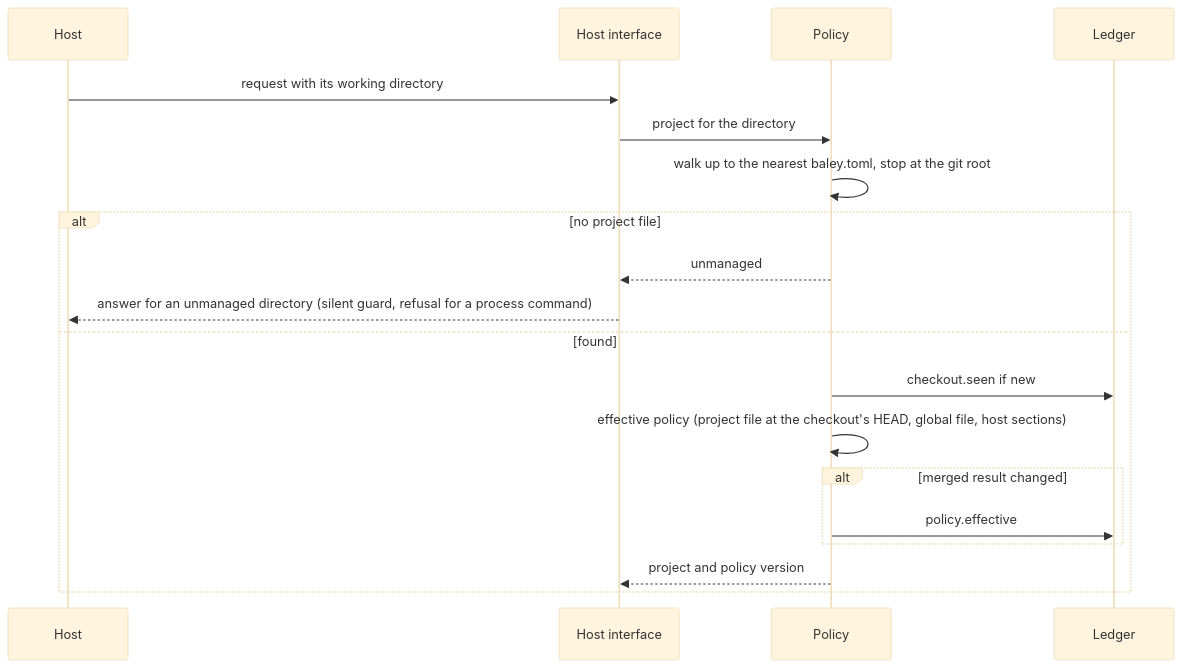
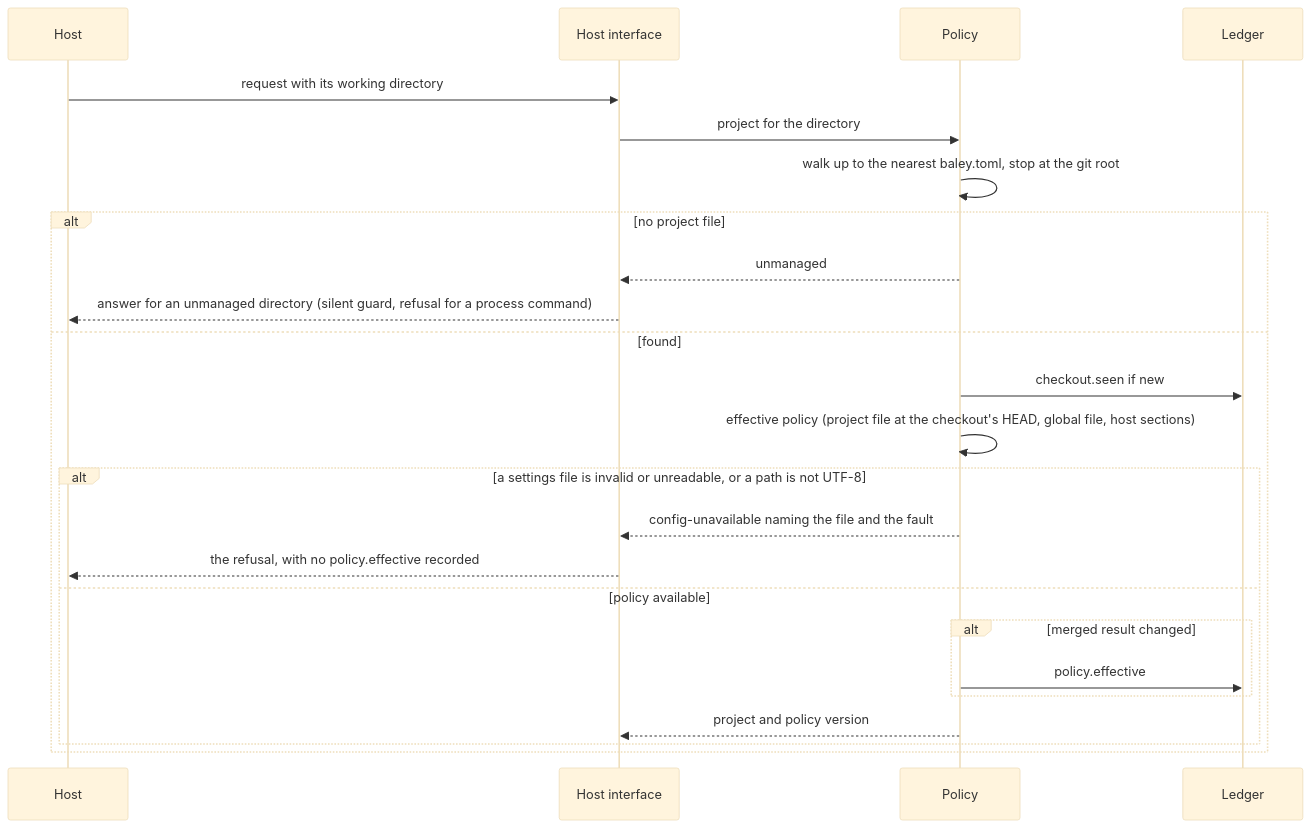
One commit to crenshawdev/baley changed the seventh of 7 diagrams in docs/design/0003-configuration-and-routing.md. Above: the diagram before and after it, drawn with Mermaid (base theme). The commit also changed other lines of this file, not shown here.

Commit message:
docs(design): show figure 7 refusing an invalid policy and name its callers
The figure had no branch for a policy that cannot be read, and its
caption still said nothing called HEAD's read. Init and purge call it now,
and record policy.effective for the command line.

````diff
--- a/docs/design/0003-configuration-and-routing.md
+++ b/docs/design/0003-configuration-and-routing.md
@@ -543,21 +543,26 @@
 ```mermaid
 sequenceDiagram
   participant H as Host
   participant I as Host interface
   participant P as Policy
   participant L as Ledger
   H->>I: request with its working directory
   I->>P: project for the directory
   P->>P: walk up to the nearest baley.toml, stop at the git root
   alt no project file
     P-->>I: unmanaged
     I-->>H: answer for an unmanaged directory (silent guard, refusal for a process command)
   else found
     P->>L: checkout.seen if new
     P->>P: effective policy (project file at the checkout's HEAD, global file, host sections)
-    alt merged result changed
-      P->>L: policy.effective
+    alt a settings file is invalid or unreadable, or a path is not UTF-8
+      P-->>I: config-unavailable naming the file and the fault
+      I-->>H: the refusal, with no policy.effective recorded
+    else policy available
+      alt merged result changed
+        P->>L: policy.effective
+      end
+      P-->>I: project and policy version
     end
-    P-->>I: project and policy version
   end
 ```
````
